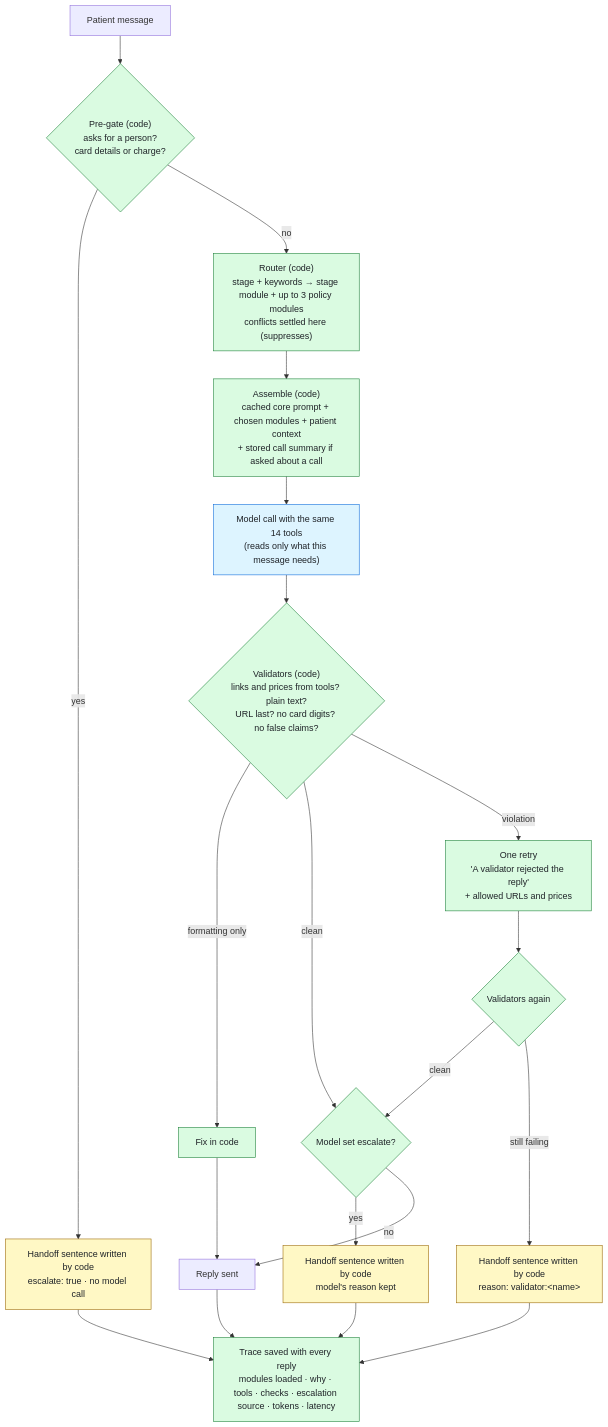
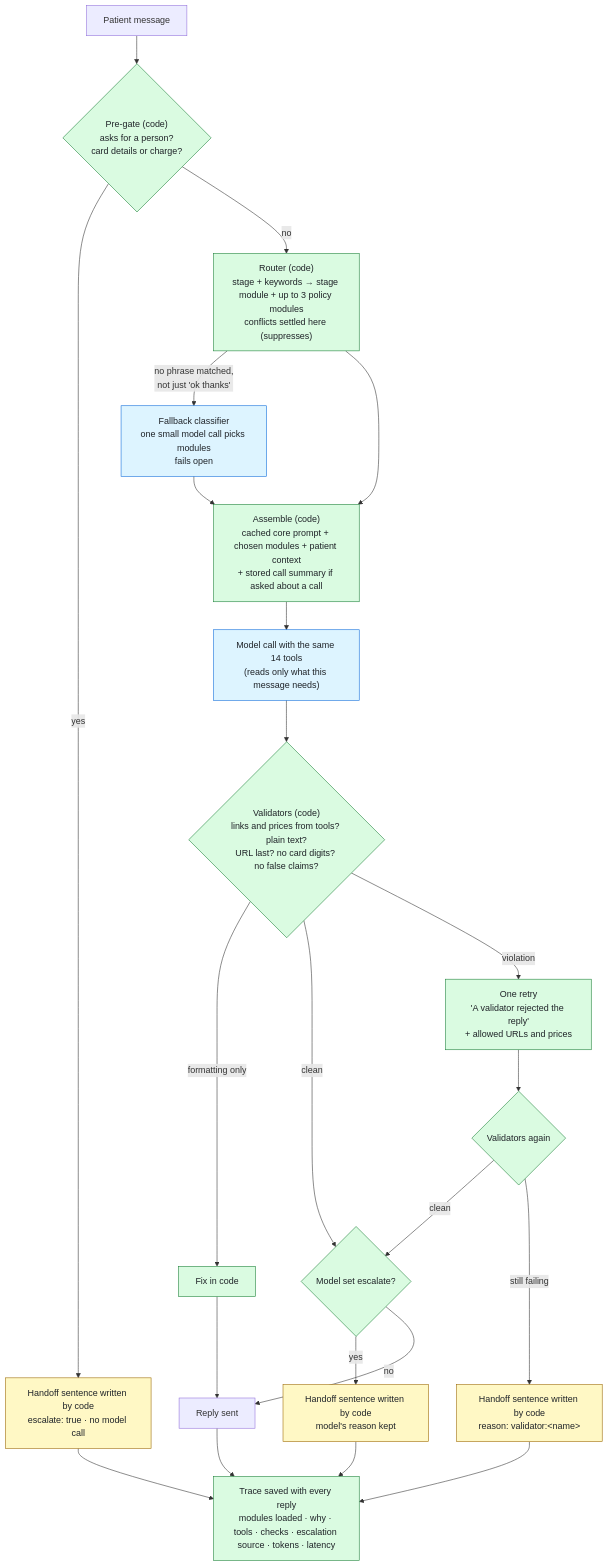
The second of 2 diagrams in docs/workflow.md (SoHarshh/DOCTOURS-harsh), drawn with Mermaid before and after one commit. The commit also changed other lines of this file and 1 other file, not shown here.

Commit message:
README: honest results table led by the blind held-out set; add the router fallback

````diff
--- a/docs/workflow.md
+++ b/docs/workflow.md
@@ -21,25 +21,28 @@
 ```mermaid
 flowchart TD
     M[Patient message] --> G{"Pre-gate (code)<br/>asks for a person?<br/>card details or charge?"}
     G -- yes --> H1["Handoff sentence written by code<br/>escalate: true · no model call"]
     G -- no --> RT["Router (code)<br/>stage + keywords → stage module + up to 3 policy modules<br/>conflicts settled here (suppresses)"]
+    RT -- "no phrase matched,<br/>not just 'ok thanks'" --> FB["Fallback classifier<br/>one small model call picks modules<br/>fails open"]
+    FB --> AS
     RT --> AS["Assemble (code)<br/>cached core prompt + chosen modules + patient context<br/>+ stored call summary if asked about a call"]
     AS --> LLM["Model call with the same 14 tools<br/>(reads only what this message needs)"]
     LLM --> V{"Validators (code)<br/>links and prices from tools? plain text?<br/>URL last? no card digits? no false claims?"}
     V -- formatting only --> FX[Fix in code] --> OUT
     V -- clean --> E{"Model set escalate?"}
     V -- violation --> RY["One retry<br/>'A validator rejected the reply'<br/>+ allowed URLs and prices"]
     RY --> V2{"Validators again"}
     V2 -- clean --> E
     V2 -- still failing --> H2["Handoff sentence written by code<br/>reason: validator:&lt;name&gt;"]
     E -- yes --> H3["Handoff sentence written by code<br/>model's reason kept"]
     E -- no --> OUT[Reply sent]
     H1 & H2 & H3 & OUT --> T["Trace saved with every reply<br/>modules loaded · why · tools · checks · escalation source · tokens · latency"]
 
     classDef new fill:#dafbe1,stroke:#1a7f37,color:#1f2328;
     classDef model fill:#ddf4ff,stroke:#0969da,color:#1f2328;
     classDef human fill:#fff8c5,stroke:#9a6700,color:#1f2328;
     class G,RT,AS,V,V2,FX,RY,E,T new;
+    class FB model;
     class LLM model;
     class H1,H2,H3 human;
 ```
````
